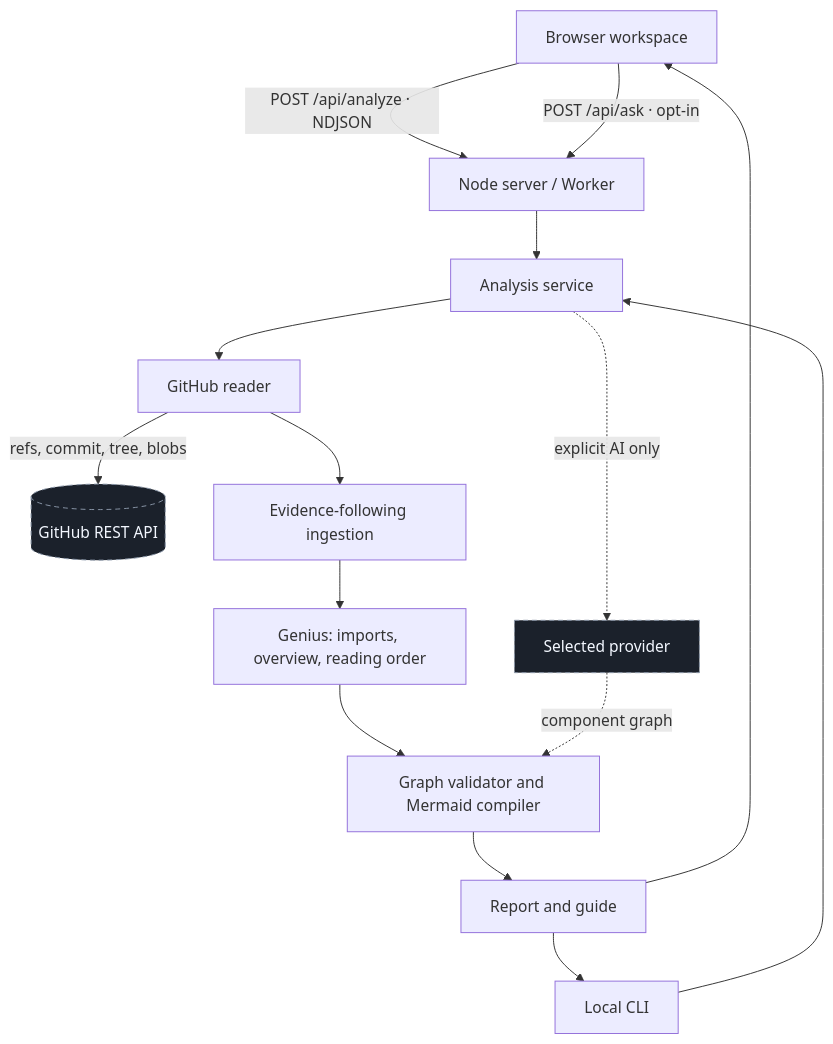
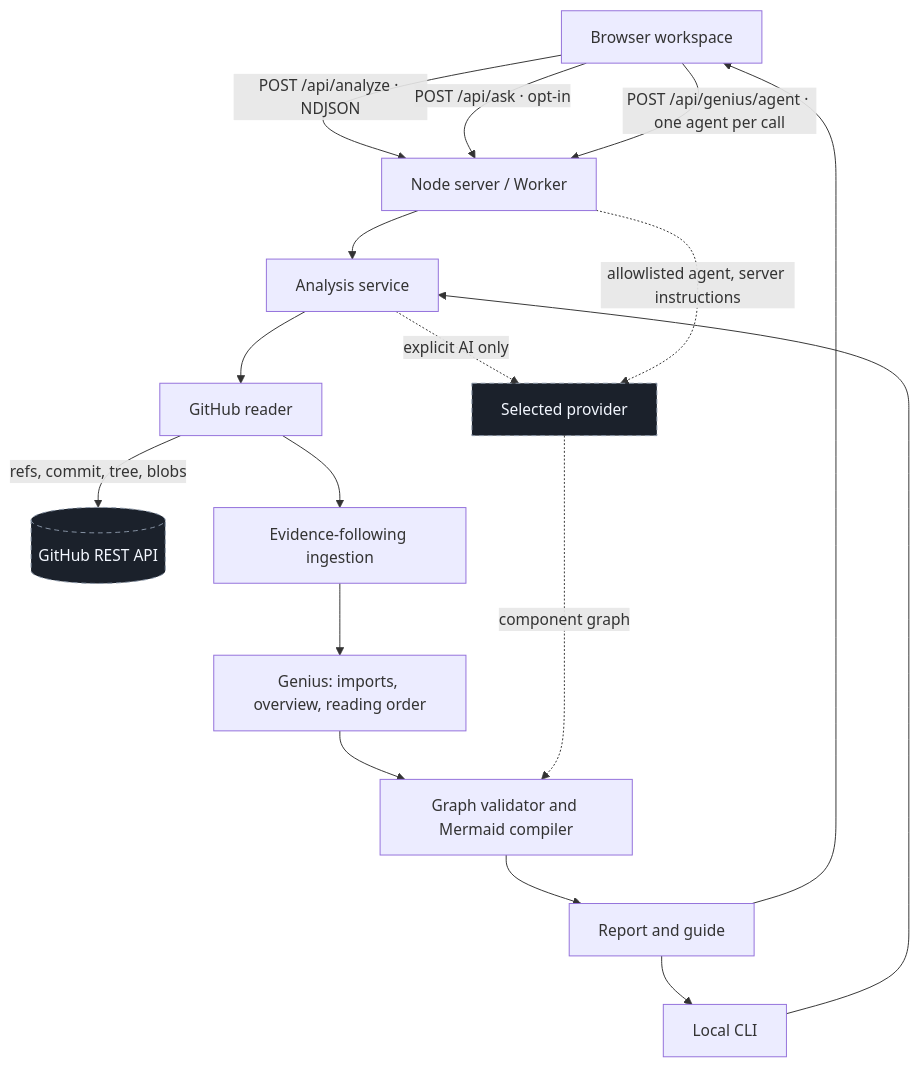
Before and after one commit to ProAmineOfficial/GitArchitectureDiagram: the diagram in docs/ARCHITECTURE.md, drawn with Mermaid. The commit also changed other lines of this file and 41 other files, not shown here.

````diff
--- a/docs/ARCHITECTURE.md
+++ b/docs/ARCHITECTURE.md
@@ -5,19 +5,21 @@
 ```mermaid
 flowchart TD
   Browser["Browser workspace"] -->|"POST /api/analyze · NDJSON"| HTTP["Node server / Worker"]
   Browser -->|"POST /api/ask · opt-in"| HTTP
   CLI["Local CLI"] --> Service["Analysis service"]
   HTTP --> Service
   Service --> Reader["GitHub reader"]
   Reader -->|"refs, commit, tree, blobs"| GitHub[("GitHub REST API")]
   Reader --> Ingest["Evidence-following ingestion"]
   Ingest --> Genius["Genius: imports, overview, reading order"]
   Genius --> Graph["Graph validator and Mermaid compiler"]
   Service -.->|"explicit AI only"| Model["Selected provider"]
   Model -.->|"component graph"| Graph
   Graph --> Report["Report and guide"]
+  Browser -->|"POST /api/genius/agent · one agent per call"| HTTP
+  HTTP -.->|"allowlisted agent, server instructions"| Model
   Report --> Browser
   Report --> CLI
   classDef ext fill:#1b212b,stroke:#8a96a8,stroke-dasharray:5 4,color:#f3f7ff
   class GitHub,Model ext
 ```
````
